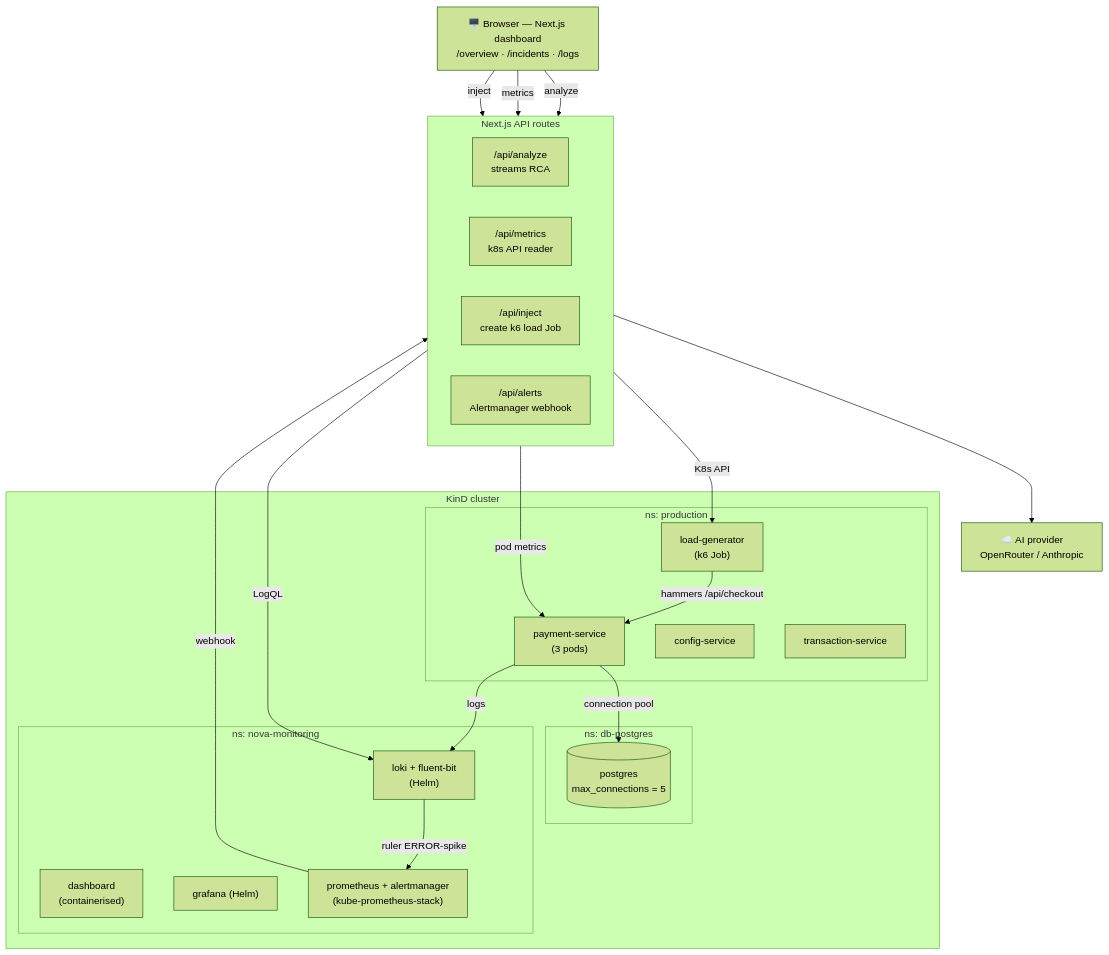
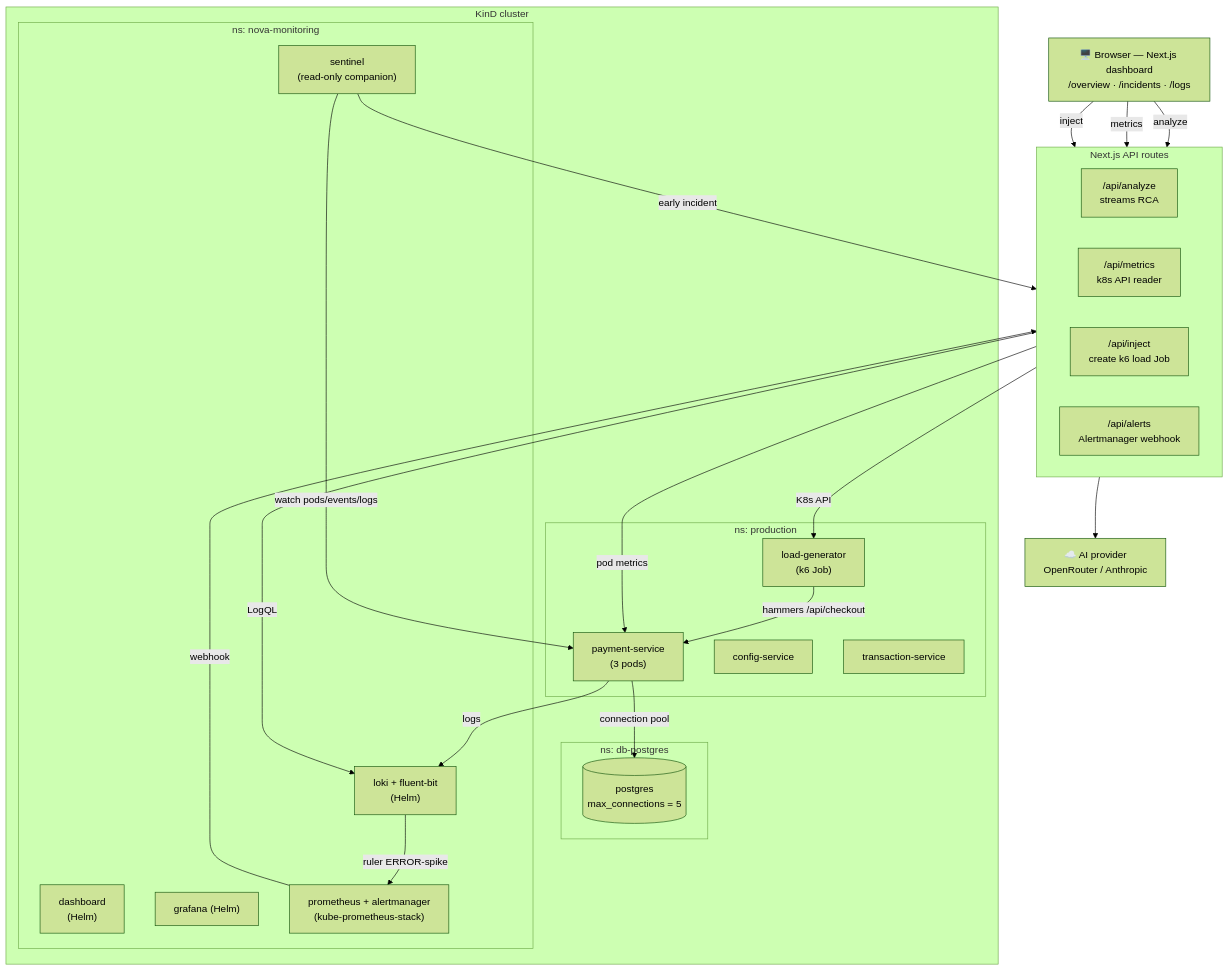
Before and after one commit to maheshshekhar/nova: the first of 2 diagrams in examples/kind-demo/README.md, drawn with Mermaid (forest theme). The commit also changed other lines of this file and 10 other files, not shown here.

First line of the commit message:
feat(demo): deploy Nova via the production Helm chart (local == prod) + Sentinel (#42)

````diff
--- a/examples/kind-demo/README.md
+++ b/examples/kind-demo/README.md
@@ -32,47 +32,50 @@
 ```mermaid
 flowchart TB
     UI["🖥️ Browser — Next.js dashboard<br/>/overview · /incidents · /logs"]
 
     subgraph api["Next.js API routes"]
         direction LR
         ANALYZE["/api/analyze<br/>streams RCA"]
         METRICS["/api/metrics<br/>k8s API reader"]
         INJECT["/api/inject<br/>create k6 load Job"]
         ALERTS["/api/alerts<br/>Alertmanager webhook"]
     end
 
     CLAUDE["☁️ AI provider<br/>OpenRouter / Anthropic"]
 
     subgraph cluster["KinD cluster"]
         subgraph prod["ns: production"]
             PSVC["payment-service<br/>(3 pods)"]
             CSVC["config-service"]
             TSVC["transaction-service"]
             LG["load-generator<br/>(k6 Job)"]
         end
         subgraph db["ns: db-postgres"]
             PG[("postgres<br/>max_connections = 5")]
         end
         subgraph mon["ns: nova-monitoring"]
-            DASH["dashboard<br/>(containerised)"]
+            DASH["dashboard<br/>(Helm)"]
+            SENT["sentinel<br/>(read-only companion)"]
             LOKI["loki + fluent-bit<br/>(Helm)"]
             GRAF["grafana (Helm)"]
             PROM["prometheus + alertmanager<br/>(kube-prometheus-stack)"]
         end
     end
 
     UI -->|analyze| ANALYZE
     UI -->|metrics| METRICS
     UI -->|inject| INJECT
 
     ANALYZE --> CLAUDE
     ANALYZE -->|LogQL| LOKI
     METRICS -->|pod metrics| PSVC
     INJECT -->|K8s API| LG
 
     LG -->|hammers /api/checkout| PSVC
     PSVC -->|connection pool| PG
     PSVC -->|logs| LOKI
     LOKI -->|ruler ERROR-spike| PROM
     PROM -->|webhook| ALERTS
+    SENT -->|watch pods/events/logs| PSVC
+    SENT -->|early incident| ALERTS
 ```
````
